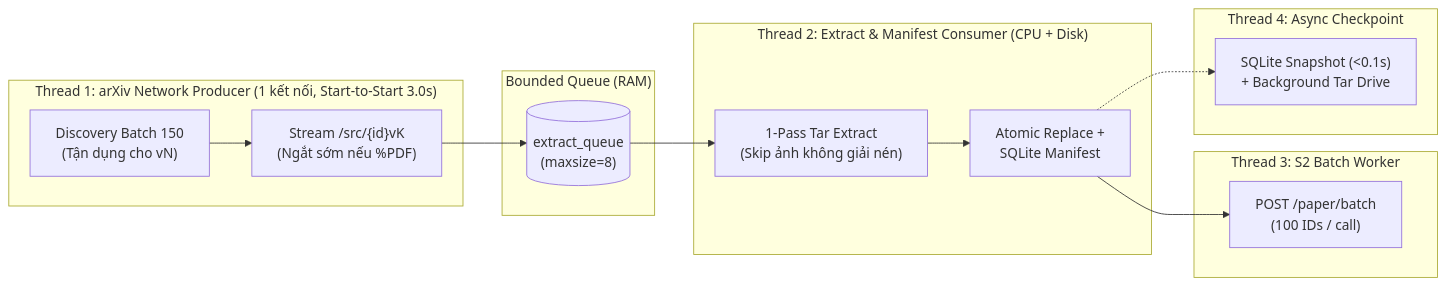
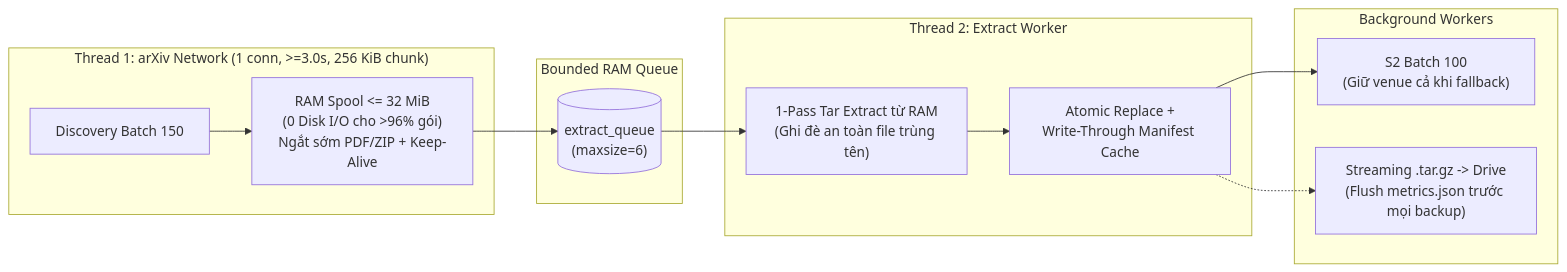
The diagram in docs/plans/Plan-toi-uu-luong-crawl-5000-id-vi.md (GiaaPhuc/arxiv-pipeline), drawn with Mermaid before and after one commit. The commit also changed other lines of this file and 15 other files, not shown here.

````diff
--- a/docs/plans/Plan-toi-uu-luong-crawl-5000-id-vi.md
+++ b/docs/plans/Plan-toi-uu-luong-crawl-5000-id-vi.md
@@ -34,26 +36,23 @@
 ```mermaid
 flowchart LR
-  subgraph T1["Thread 1: arXiv Network Producer (1 kết nối, Start-to-Start 3.0s)"]
-    D["Discovery Batch 150<br/>(Tận dụng <updated> cho vN)"] --> DL["Stream /src/{id}vK<br/>(Ngắt sớm nếu %PDF)"]
+  subgraph Net["Thread 1: arXiv Network (1 conn, >=3.0s, 256 KiB chunk)"]
+    D["Discovery Batch 150"] --> DL["RAM Spool <= 32 MiB<br/>(0 Disk I/O cho >96% gói)<br/>Ngắt sớm PDF/ZIP + Keep-Alive"]
   end
 
-  subgraph Q1["Bounded Queue (RAM)"]
-    EQ[("extract_queue<br/>(maxsize=8)")]
+  subgraph Q["Bounded RAM Queue"]
+    EQ[("extract_queue<br/>(maxsize=6)")]
   end
 
-  subgraph T2["Thread 2: Extract & Manifest Consumer (CPU + Disk)"]
-    EX["1-Pass Tar Extract<br/>(Skip ảnh không giải nén)"] --> MF["Atomic Replace +<br/>SQLite Manifest"]
+  subgraph Ex["Thread 2: Extract Worker"]
+    EX["1-Pass Tar Extract từ RAM<br/>(Ghi đè an toàn file trùng tên)"] --> MF["Atomic Replace +<br/>Write-Through Manifest Cache"]
   end
 
-  subgraph T3["Thread 3: S2 Batch Worker"]
-    S2["POST /paper/batch<br/>(100 IDs / call)"]
-  end
-
-  subgraph T4["Thread 4: Async Checkpoint"]
-    CK["SQLite Snapshot (<0.1s)<br/>+ Background Tar Drive"]
+  subgraph Aux["Background Workers"]
+    S2["S2 Batch 100<br/>(Giữ venue cả khi fallback)"]
+    CK["Streaming .tar.gz -> Drive<br/>(Flush metrics.json trước mọi backup)"]
   end
 
   DL --> EQ --> EX
   MF --> S2
   MF -.-> CK
 ```
````
